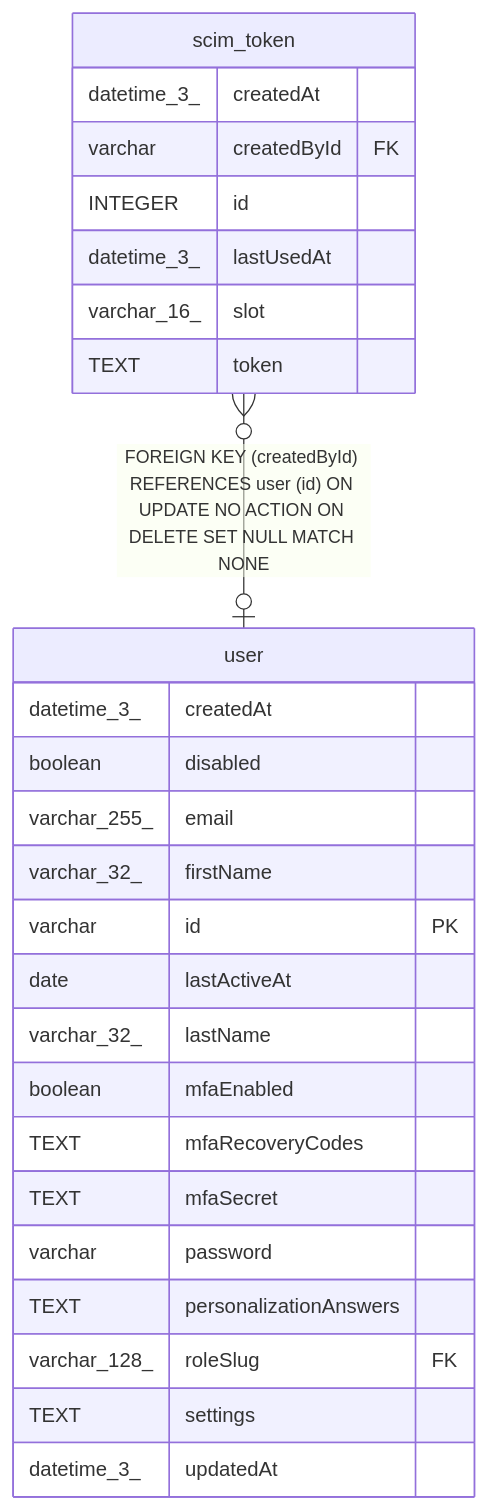
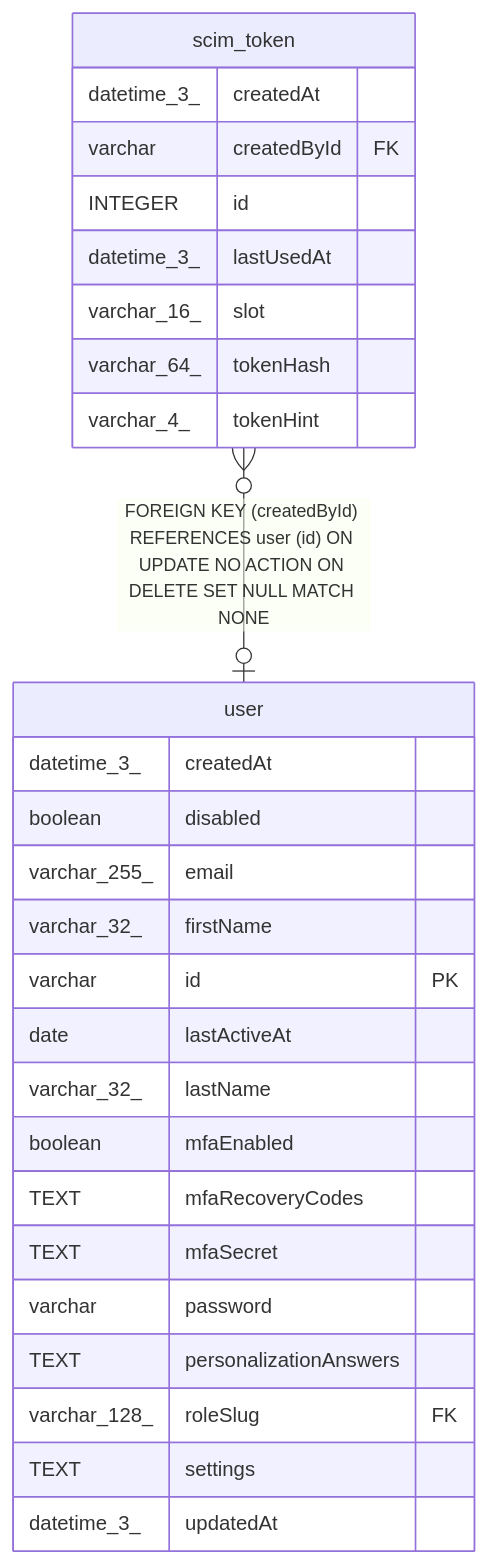
One commit to jalaluddinkhan1/n8n changed the diagram in docs/generated/sqlite-schema/scim_token.md. Above: the diagram before and after it, drawn with Mermaid. The commit also changed other lines of this file and 15 other files, not shown here.

First line of the commit message:
fix(core): Store only a hash and a hint of the SCIM token (no-changelog)

````diff
--- a/docs/generated/sqlite-schema/scim_token.md
+++ b/docs/generated/sqlite-schema/scim_token.md
@@ -41,31 +42,32 @@
 ```mermaid
 erDiagram
 
 "scim_token" }o--o| "user" : "FOREIGN KEY (createdById) REFERENCES user (id) ON UPDATE NO ACTION ON DELETE SET NULL MATCH NONE"
 
 "scim_token" {
   datetime_3_ createdAt
   varchar createdById FK
   INTEGER id
   datetime_3_ lastUsedAt
   varchar_16_ slot
-  TEXT token
+  varchar_64_ tokenHash
+  varchar_4_ tokenHint
 }
 "user" {
   datetime_3_ createdAt
   boolean disabled
   varchar_255_ email
   varchar_32_ firstName
   varchar id PK
   date lastActiveAt
   varchar_32_ lastName
   boolean mfaEnabled
   TEXT mfaRecoveryCodes
   TEXT mfaSecret
   varchar password
   TEXT personalizationAnswers
   varchar_128_ roleSlug FK
   TEXT settings
   datetime_3_ updatedAt
 }
 ```
````
